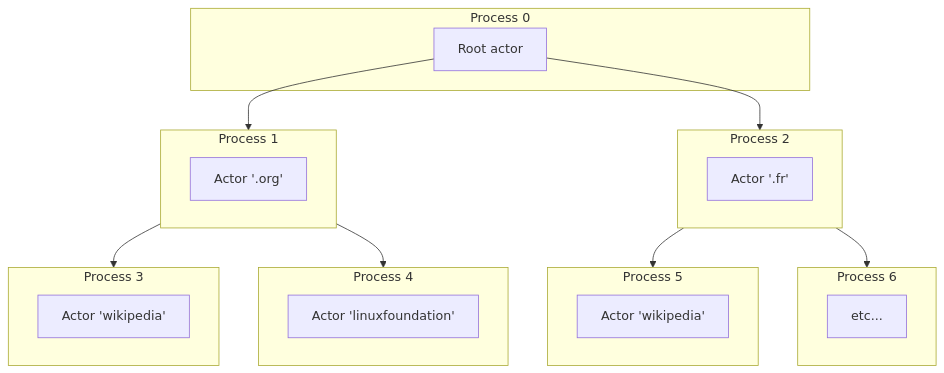
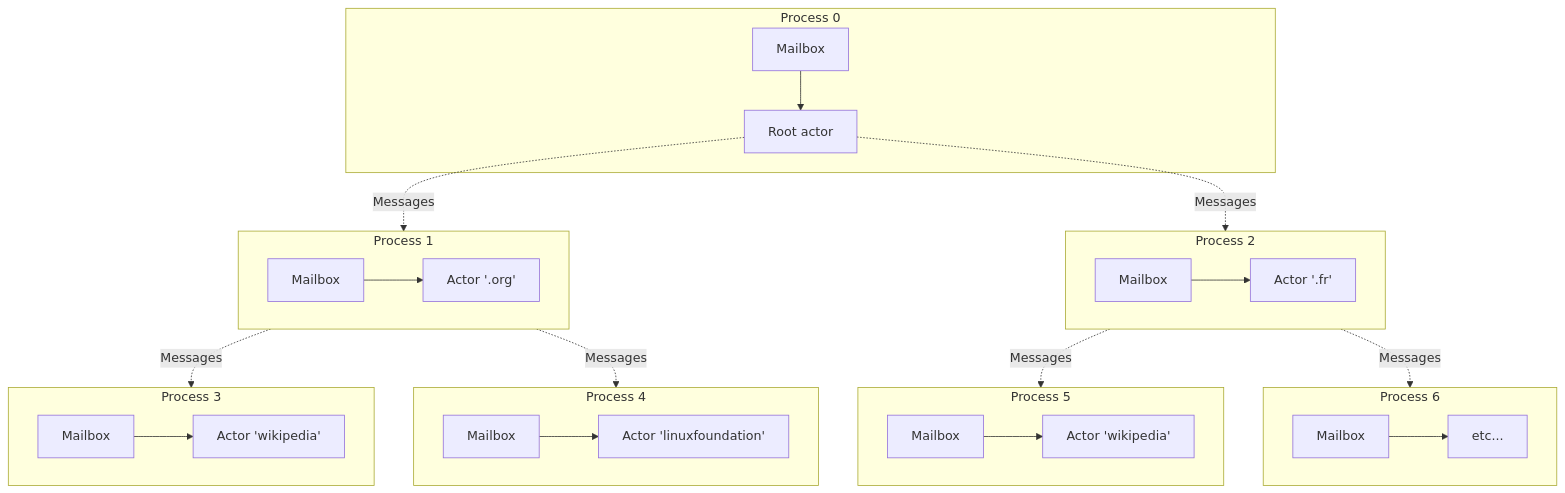
One commit to Baptouuuu/baptouuuu.github.io changed the tenth of 14 diagrams in docs/conferences/actor model/slides.md. Above: the diagram before and after it, drawn with Mermaid. The commit also changed other lines of this file and 5 other files, not shown here.

````diff
--- a/docs/conferences/actor model/slides.md
+++ b/docs/conferences/actor model/slides.md
@@ -198,30 +218,30 @@
 ```mermaid
 flowchart TB
     subgraph pr ["Process 0"]
-    ar["Root actor"]
+        arm["Mailbox"] --> ar["Root actor"]
     end
     subgraph p1 ["Process 1"]
-    a1["Actor '.org'"]
+        a1m["Mailbox"] --> a1["Actor '.org'"]
     end
     subgraph p2 ["Process 2"]
-    a2["Actor '.fr'"]
+        a2m["Mailbox"] --> a2["Actor '.fr'"]
     end
     subgraph p3 ["Process 3"]
-    a3["Actor 'wikipedia'"]
+        a3m["Mailbox"] --> a3["Actor 'wikipedia'"]
     end
     subgraph p4 ["Process 4"]
-    a4["Actor 'linuxfoundation'"]
+        a4m["Mailbox"] --> a4["Actor 'linuxfoundation'"]
     end
     subgraph p5 ["Process 5"]
-    a5["Actor 'wikipedia'"]
+        a5m["Mailbox"] --> a5["Actor 'wikipedia'"]
     end
     subgraph p6 ["Process 6"]
-    a6["etc..."]
+        a6m["Mailbox"] --> a6["etc..."]
     end
-    ar --> p1
-    ar --> p2
-    p1 --> p3
-    p1 --> p4
-    p2 --> p5
-    p2 --> p6
+    ar -. Messages .-> p1
+    ar -. Messages .-> p2
+    p1 -. Messages .-> p3
+    p1 -. Messages .-> p4
+    p2 -. Messages .-> p5
+    p2 -. Messages .-> p6
 ```
````
